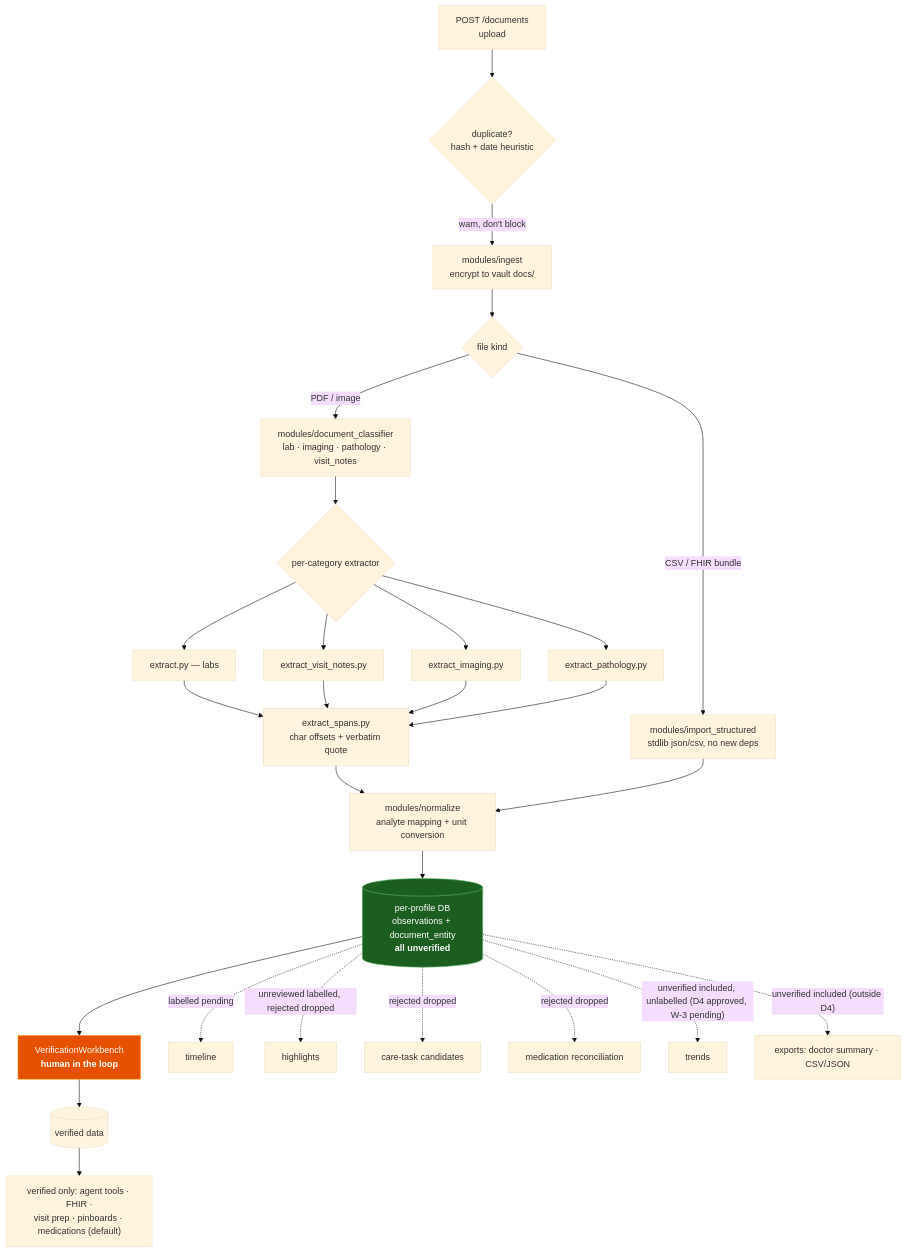
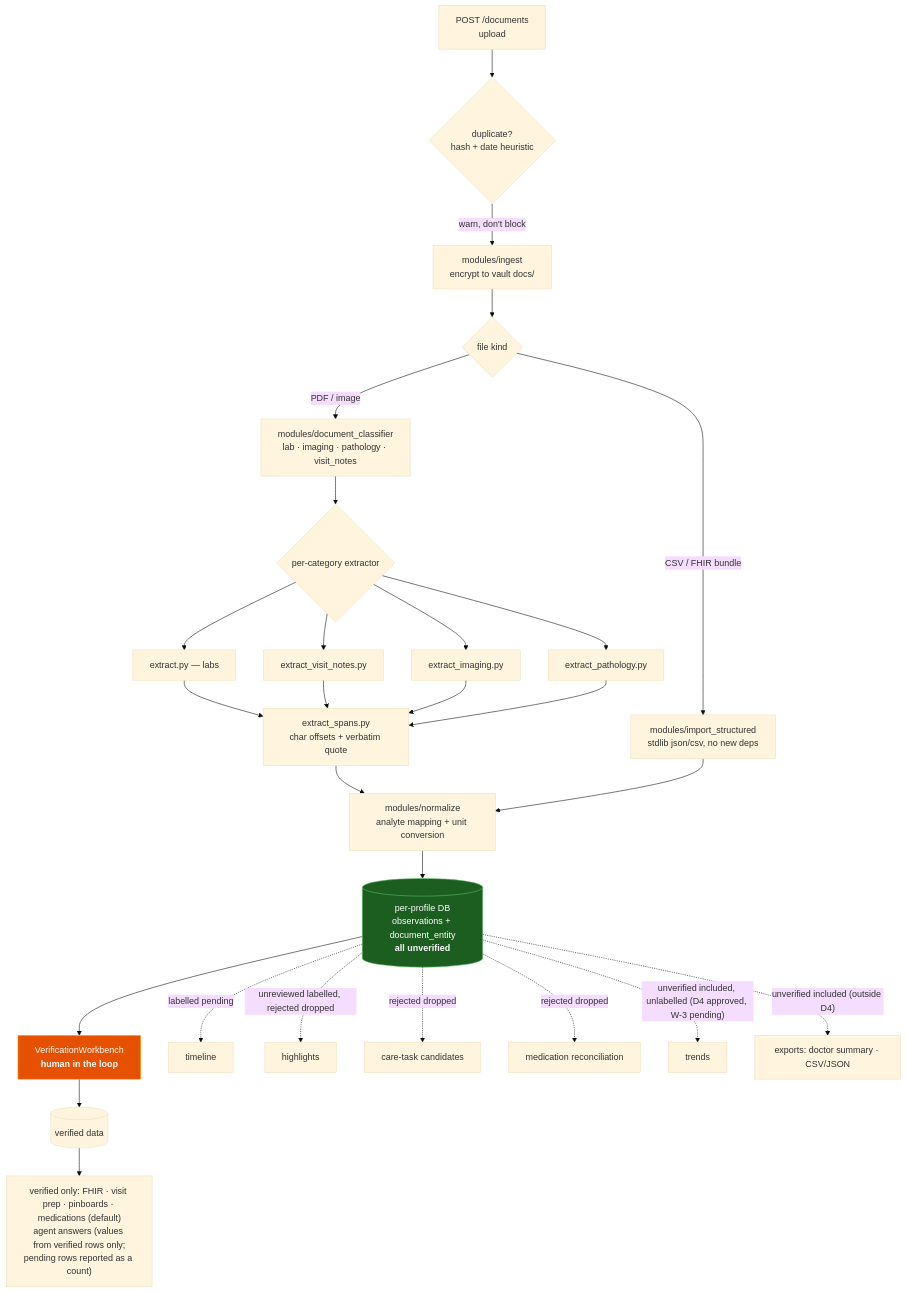
One commit to BrooklynD23/HealthCentral changed the first of 3 diagrams in docs/architecture/pipelines.md. Above: the diagram before and after it, drawn with Mermaid (base theme). The commit also changed other lines of this file, not shown here.

Commit message:
docs(architecture): pipelines legacy-check edge, agent verified wording, abstain edge (review)

````diff
--- a/docs/architecture/pipelines.md
+++ b/docs/architecture/pipelines.md
@@ -17,35 +17,35 @@
 ```mermaid
 flowchart TD
     UP["POST /documents<br/>upload"] --> DUP{"duplicate?<br/>hash + date heuristic"}
     DUP -->|warn, don't block| ING["modules/ingest<br/>encrypt to vault docs/"]
 
     ING --> KIND{"file kind"}
     KIND -->|"PDF / image"| CLS["modules/document_classifier<br/>lab · imaging · pathology · visit_notes"]
     KIND -->|"CSV / FHIR bundle"| STRUCT["modules/import_structured<br/>stdlib json/csv, no new deps"]
 
     CLS --> EXT{"per-category extractor"}
     EXT --> E1["extract.py — labs"]
     EXT --> E2["extract_visit_notes.py"]
     EXT --> E3["extract_imaging.py"]
     EXT --> E4["extract_pathology.py"]
     E1 & E2 & E3 & E4 --> SPANS["extract_spans.py<br/>char offsets + verbatim quote"]
 
     SPANS --> NORM["modules/normalize<br/>analyte mapping + unit conversion"]
     STRUCT --> NORM
 
     NORM --> STORE[("per-profile DB<br/>observations + document_entity<br/><b>all unverified</b>")]
 
     STORE --> VERIFY["VerificationWorkbench<br/><b>human in the loop</b>"]
     VERIFY --> VERIFIED[("verified data")]
 
-    VERIFIED --> VONLY["verified only: agent tools · FHIR ·<br/>visit prep · pinboards · medications (default)"]
+    VERIFIED --> VONLY["verified only: FHIR · visit prep · pinboards · medications (default)<br/>agent answers (values from verified rows only;<br/>pending rows reported as a count)"]
     STORE -.->|"labelled pending"| TL["timeline"]
     STORE -.->|"unreviewed labelled, rejected dropped"| HL["highlights"]
     STORE -.->|"rejected dropped"| TASKS["care-task candidates"]
     STORE -.->|"rejected dropped"| RECON["medication reconciliation"]
     STORE -.->|"unverified included, unlabelled (D4 approved, W-3 pending)"| TRENDS["trends"]
     STORE -.->|"unverified included (outside D4)"| EXPU["exports: doctor summary · CSV/JSON"]
 
     style VERIFY fill:#e65100,stroke:#ff9800,color:#fff
     style STORE fill:#1b5e20,stroke:#66bb6a,color:#fff
 ```
````
